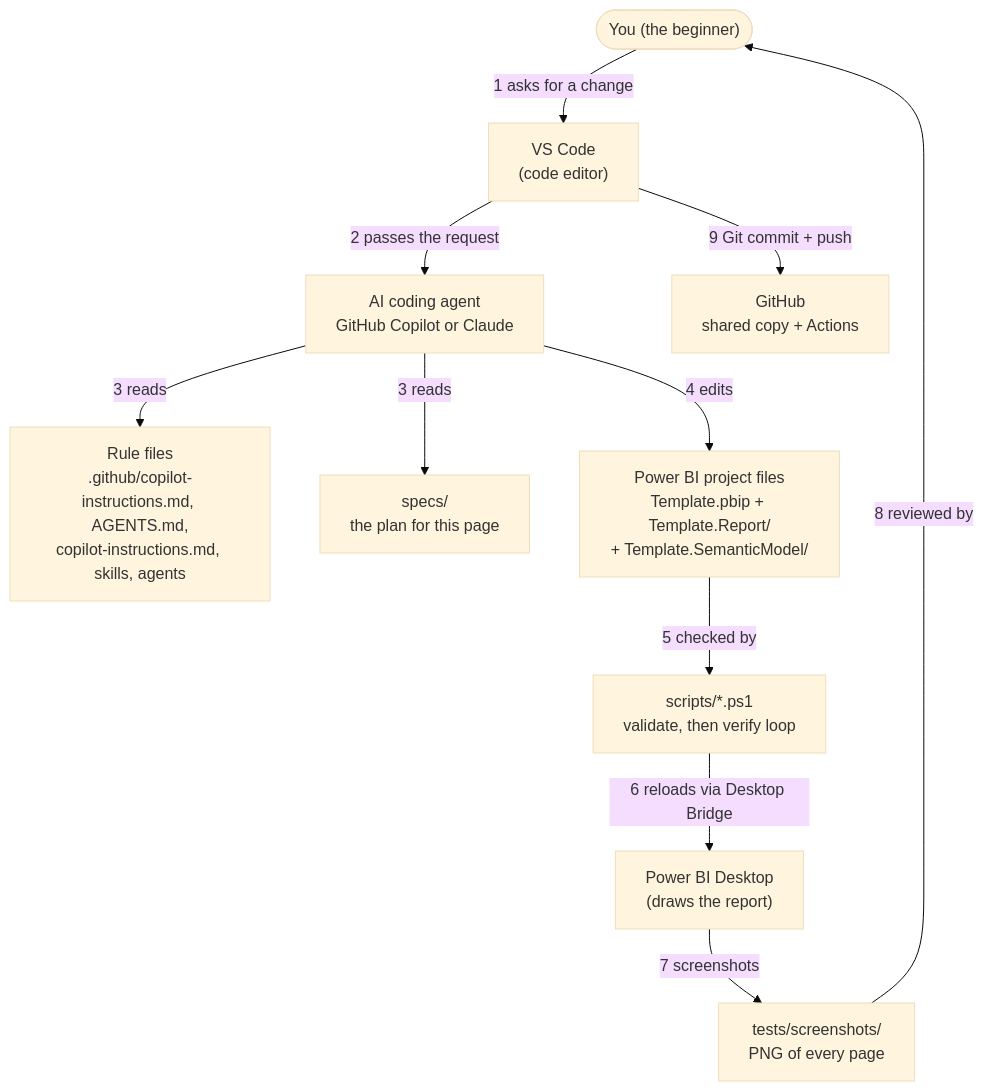
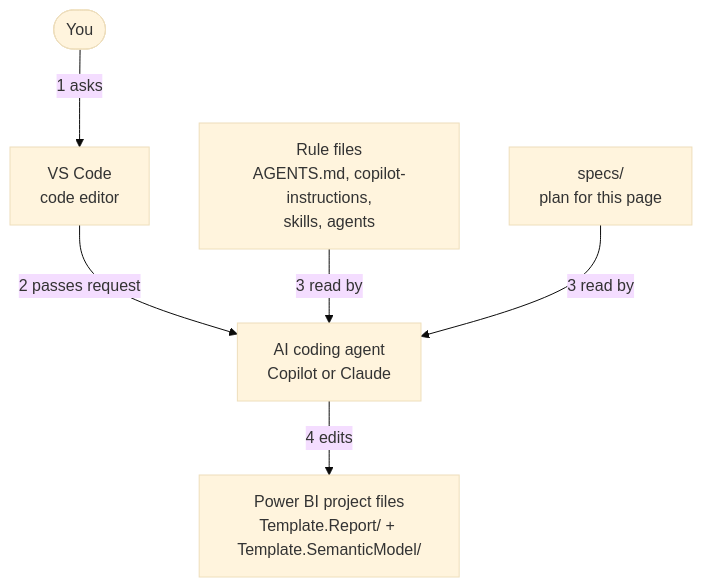
One commit to GibbonGambits/PGE-PBIP-Template changed the diagram in guide/images/src/01-1-architecture.mmd. Above: the diagram before and after it, drawn with Mermaid (base theme). The commit also changed 36 other files, not shown here.

First line of the commit message:
docs(guide): redraw section 00-03 diagrams to one-direction, split large ones

```diff
--- a/guide/images/src/01-1-architecture.mmd
+++ b/guide/images/src/01-1-architecture.mmd
@@ -1,21 +1,12 @@
 flowchart TB
-  YOU(["You (the beginner)"]):::you
-  VSC["VS Code<br/>(code editor)"]:::n
-  AGENT["AI coding agent<br/>GitHub Copilot or Claude"]:::ai
-  RULES["Rule files<br/>.github/copilot-instructions.md, AGENTS.md,<br/>copilot-instructions.md, skills, agents"]:::aa
-  SPEC["specs/<br/>the plan for this page"]:::g
-  PROJ["Power BI project files<br/>Template.pbip + Template.Report/<br/>+ Template.SemanticModel/"]:::a
-  SC["scripts/*.ps1<br/>validate, then verify loop"]:::r
-  PBID["Power BI Desktop<br/>(draws the report)"]:::ext
-  SHOT["tests/screenshots/<br/>PNG of every page"]:::r
-  GH["GitHub<br/>shared copy + Actions"]:::ext
-  YOU -- "1 asks for a change" --> VSC
-  VSC -- "2 passes the request" --> AGENT
-  AGENT -- "3 reads" --> RULES
-  AGENT -- "3 reads" --> SPEC
+  YOU(["You"]):::you
+  VSC["VS Code<br/>code editor"]:::n
+  RULES["Rule files<br/>AGENTS.md, copilot-instructions,<br/>skills, agents"]:::aa
+  SPEC["specs/<br/>plan for this page"]:::g
+  AGENT["AI coding agent<br/>Copilot or Claude"]:::ai
+  PROJ["Power BI project files<br/>Template.Report/ + Template.SemanticModel/"]:::a
+  YOU -- "1 asks" --> VSC
+  VSC -- "2 passes request" --> AGENT
+  RULES -- "3 read by" --> AGENT
+  SPEC -- "3 read by" --> AGENT
   AGENT -- "4 edits" --> PROJ
-  PROJ -- "5 checked by" --> SC
-  SC -- "6 reloads via Desktop Bridge" --> PBID
-  PBID -- "7 screenshots" --> SHOT
-  SHOT -- "8 reviewed by" --> YOU
-  VSC -- "9 Git commit + push" --> GH
```
